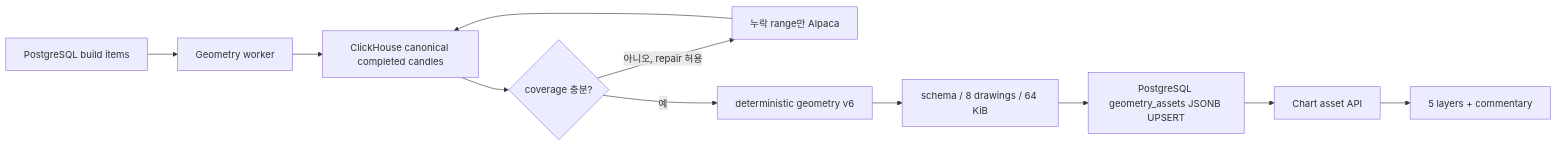
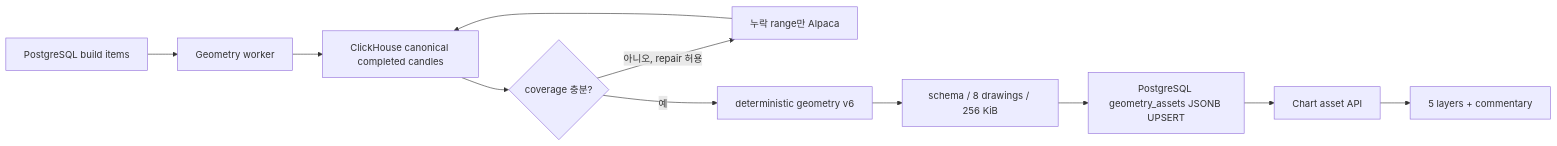
One commit to seunglee10/GOPS-BE changed the diagram in docs/CHART_ANALYSIS_ASSETS.md. Above: the diagram before and after it, drawn with Mermaid. The commit also changed other lines of this file and 13 other files, not shown here.

Commit message:
feat(chart): expose geometry evidence modes

````diff
--- a/docs/CHART_ANALYSIS_ASSETS.md
+++ b/docs/CHART_ANALYSIS_ASSETS.md
@@ -84,13 +85,13 @@
 ```mermaid
 flowchart LR
   PGQ["PostgreSQL build items"] --> Worker["Geometry worker"]
   Worker --> CH["ClickHouse canonical completed candles"]
   CH --> Gap{"coverage 충분?"}
   Gap -- "아니오, repair 허용" --> Alpaca["누락 range만 Alpaca"]
   Alpaca --> CH
   Gap -- "예" --> Kernel["deterministic geometry v6"]
-  Kernel --> Guard["schema / 8 drawings / 64 KiB"]
+  Kernel --> Guard["schema / 8 drawings / 256 KiB"]
   Guard --> PG["PostgreSQL geometry_assets JSONB UPSERT"]
   PG --> API["Chart asset API"]
   API --> UI["5 layers + commentary"]
 ```
````
